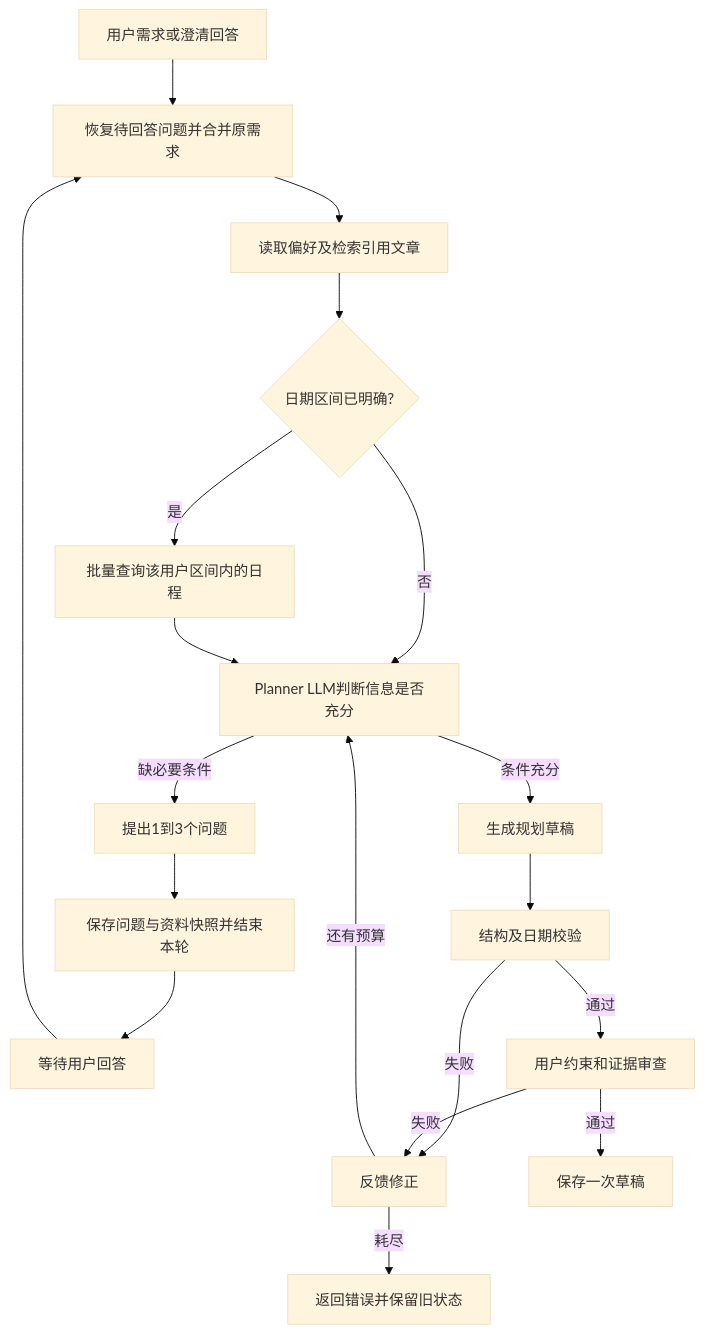
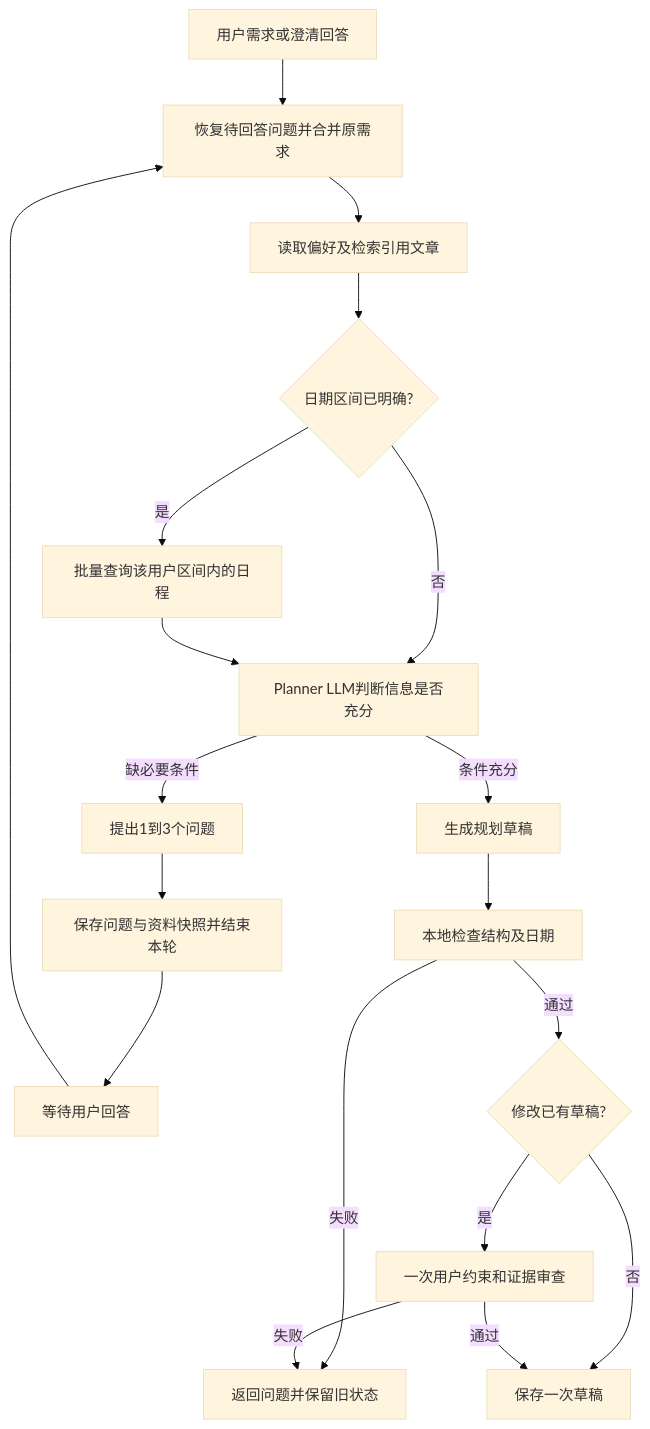
The diagram in docs/11-planning-agent-loop.md (wee-b/calendar-agent), drawn with Mermaid (base theme) before and after one commit. The commit also changed other lines of this file and 28 other files, not shown here.

````diff
--- a/docs/11-planning-agent-loop.md
+++ b/docs/11-planning-agent-loop.md
@@ -5,21 +5,21 @@
 ```mermaid
 flowchart TD
     Request[用户需求或澄清回答] --> Context[恢复待回答问题并合并原需求]
     Context --> Sources[读取偏好及检索引用文章]
     Sources --> Range{日期区间已明确?}
     Range -- 是 --> Schedule[批量查询该用户区间内的日程]
     Range -- 否 --> Decide[Planner LLM判断信息是否充分]
     Schedule --> Decide
     Decide -- 缺必要条件 --> Questions[提出1到3个问题]
     Questions --> Persist[保存问题与资料快照并结束本轮]
     Persist --> Answer[等待用户回答]
     Answer --> Context
     Decide -- 条件充分 --> Draft[生成规划草稿]
-    Draft --> Validate[结构及日期校验]
-    Validate -- 通过 --> Review[用户约束和证据审查]
-    Validate -- 失败 --> Repair[反馈修正]
-    Review -- 失败 --> Repair
-    Repair -- 还有预算 --> Decide
-    Repair -- 耗尽 --> Error[返回错误并保留旧状态]
+    Draft --> Validate[本地检查结构及日期]
+    Validate -- 失败 --> Error[返回问题并保留旧状态]
+    Validate -- 通过 --> Modified{修改已有草稿?}
+    Modified -- 否 --> Save[保存一次草稿]
+    Modified -- 是 --> Review[一次用户约束和证据审查]
+    Review -- 失败 --> Error
     Review -- 通过 --> Save[保存一次草稿]
 ```
````
